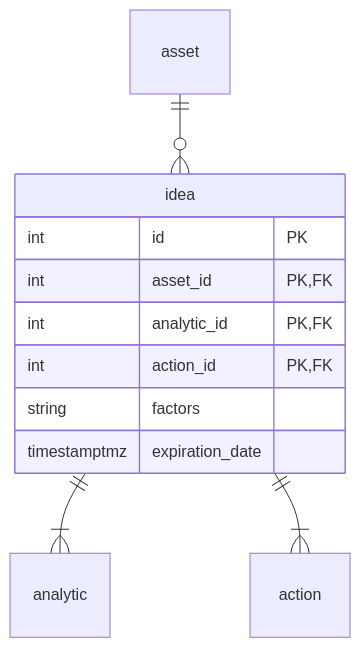
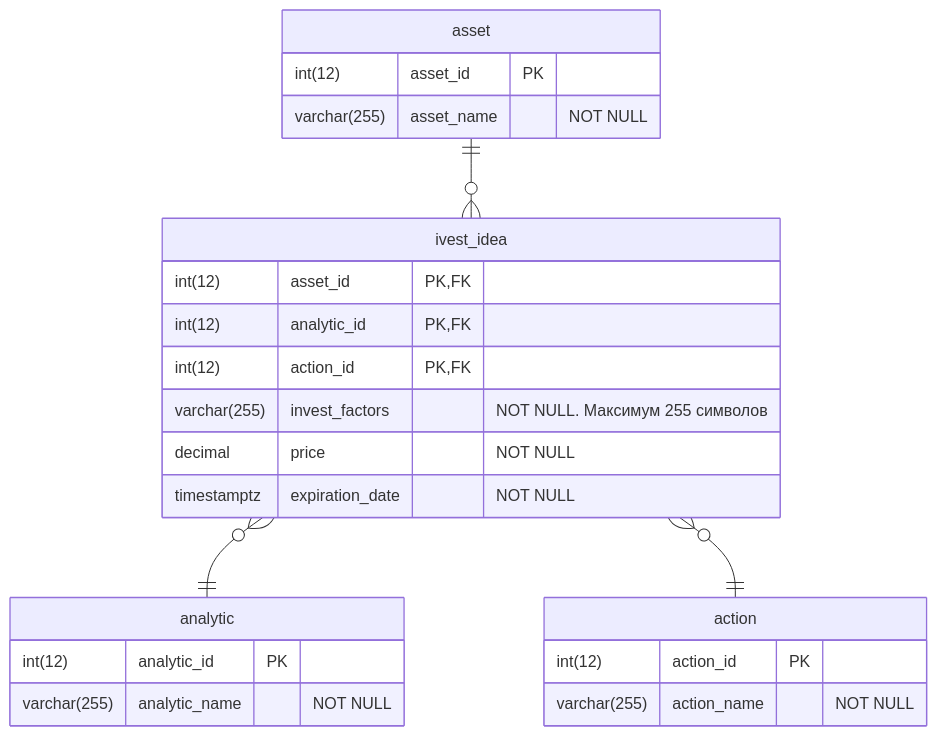
One commit to oleshko-g/sa_cases changed the diagram in invest_idea/# case.md. Above: the diagram before and after it, drawn with Mermaid. The commit also changed other lines of this file, not shown here.

````diff
--- a/invest_idea/# case.md
+++ b/invest_idea/# case.md
@@ -10,22 +13,30 @@
 ```mermaid
----
-Модель данных.
----
 erDiagram
     
-    asset
-    idea {
-        int id PK
-        int asset_id PK,FK
-        int analytic_id PK, FK
-        int action_id PK, FK
-        string factors 
-        timestamptmz expiration_date
+    
+
+    asset {
+        int(12) asset_id PK
+        varchar(255) asset_name "NOT NULL"
     }
-    analytic
-    action
+    ivest_idea {
+        int(12) asset_id PK,FK
+        int(12) analytic_id PK, FK
+        int(12)  action_id PK, FK
+        varchar(255) invest_factors "NOT NULL. Максимум 255 символов"
+        decimal price "NOT NULL"
+        timestamptz expiration_date "NOT NULL" 
+    }
+    analytic { 
+        int(12) analytic_id PK
+        varchar(255) analytic_name "NOT NULL"
+        }
+    action {
+        int(12) action_id PK
+        varchar(255) action_name "NOT NULL"
+    }
 
-    asset ||--o{ idea : ""
-    idea ||--|{ analytic : ""
-    idea ||--|{ action : ""
+    asset ||--o{ ivest_idea : ""
+    ivest_idea }o--|| analytic : ""
+    ivest_idea }o--|| action : ""
 ```
````
